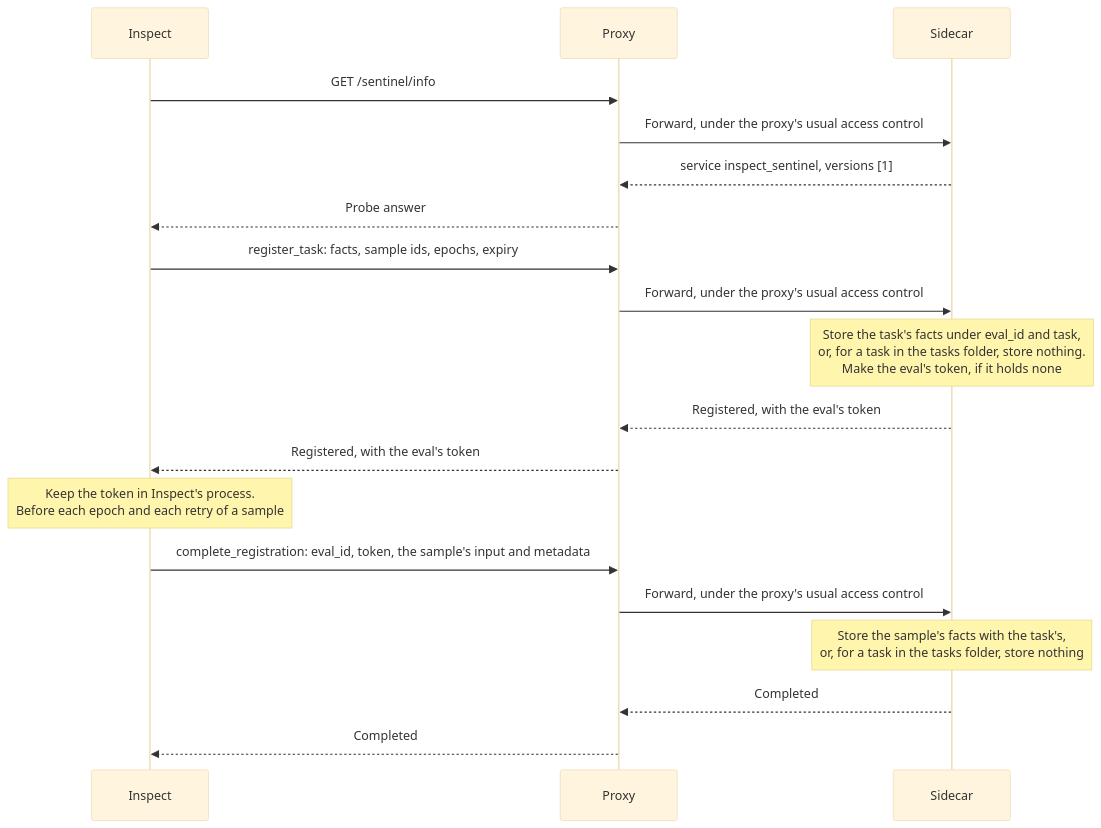
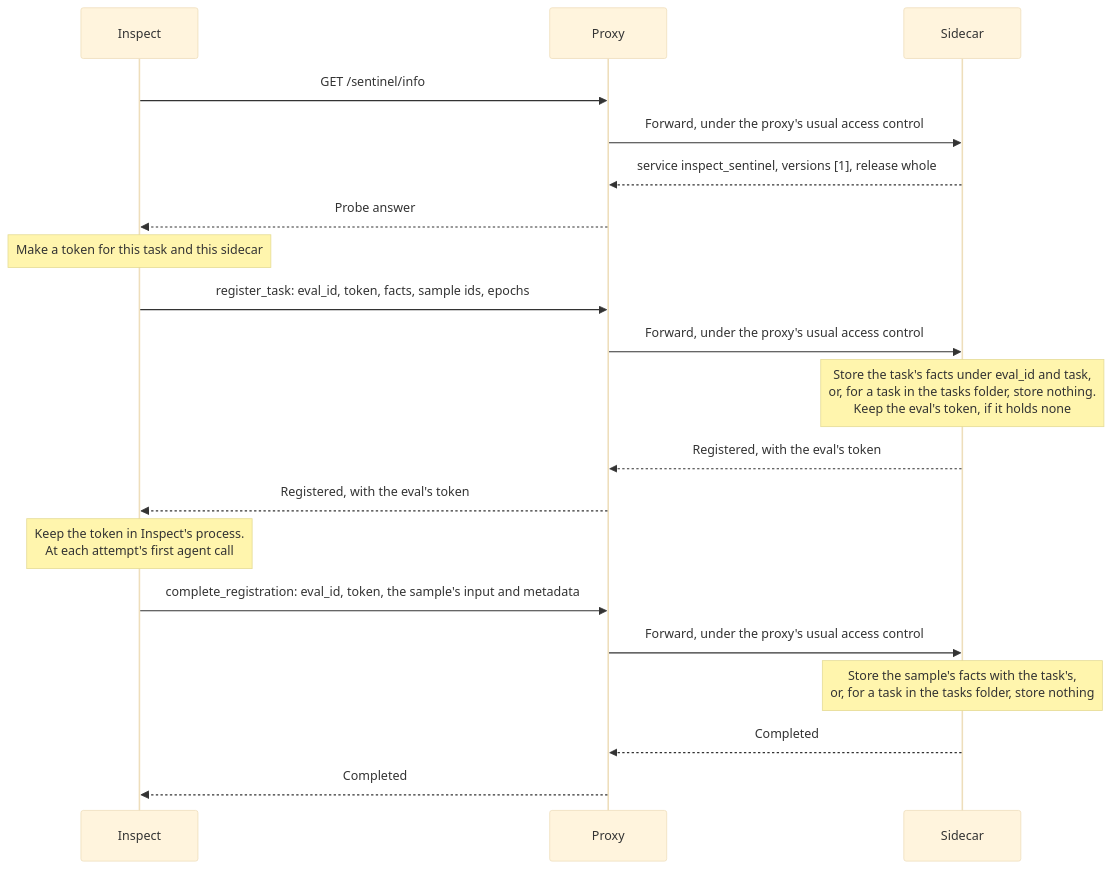
Before and after one commit to meridianlabs-ai/inspect_sentinel: the second of 9 diagrams in design/sidecar.md, drawn with Mermaid (base theme). The commit also changed other lines of this file and 2 other files, not shown here.

First line of the commit message:
docs: fold Inspect's sidecar client into the sidecar design

````diff
--- a/design/sidecar.md
+++ b/design/sidecar.md
@@ -674,21 +761,22 @@
 ```mermaid
 sequenceDiagram
     participant I as Inspect
     participant P as Proxy
     participant S as Sidecar
     I->>P: GET /sentinel/info
     P->>S: Forward, under the proxy's usual access control
-    S-->>P: service inspect_sentinel, versions [1]
+    S-->>P: service inspect_sentinel, versions [1], release whole
     P-->>I: Probe answer
-    I->>P: register_task: facts, sample ids, epochs, expiry
+    Note over I: Make a token for this task and this sidecar
+    I->>P: register_task: eval_id, token, facts, sample ids, epochs
     P->>S: Forward, under the proxy's usual access control
-    Note over S: Store the task's facts under eval_id and task,<br/>or, for a task in the tasks folder, store nothing.<br/>Make the eval's token, if it holds none
+    Note over S: Store the task's facts under eval_id and task,<br/>or, for a task in the tasks folder, store nothing.<br/>Keep the eval's token, if it holds none
     S-->>P: Registered, with the eval's token
     P-->>I: Registered, with the eval's token
-    Note over I: Keep the token in Inspect's process.<br/>Before each epoch and each retry of a sample
+    Note over I: Keep the token in Inspect's process.<br/>At each attempt's first agent call
     I->>P: complete_registration: eval_id, token, the sample's input and metadata
     P->>S: Forward, under the proxy's usual access control
     Note over S: Store the sample's facts with the task's,<br/>or, for a task in the tasks folder, store nothing
     S-->>P: Completed
     P-->>I: Completed
 ```
````
